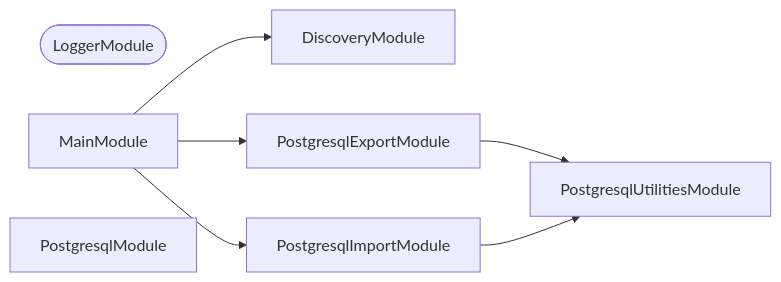
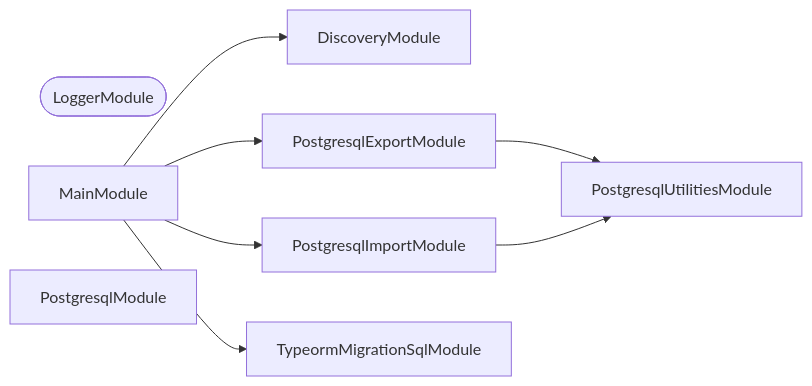
The second of 3 diagrams in projects/common/persistence/documentation/codependix.md (organizzolini/codebase), drawn with Mermaid before and after one commit. The commit also changed other lines of this file and 23 other files, not shown here.

First line of the commit message:
refactor(persistence): ♻️ move typeorm-migration-sql into persistence

````diff
--- a/projects/common/persistence/documentation/codependix.md
+++ b/projects/common/persistence/documentation/codependix.md
@@ -39,15 +43,17 @@
 ```mermaid
 flowchart LR
   DiscoveryModule
   LoggerModule([LoggerModule])
   MainModule
   PostgresqlExportModule
   PostgresqlImportModule
   PostgresqlModule
   PostgresqlUtilitiesModule
+  TypeormMigrationSqlModule
   MainModule --> DiscoveryModule
   MainModule --> PostgresqlExportModule
   MainModule --> PostgresqlImportModule
+  MainModule --> TypeormMigrationSqlModule
   PostgresqlExportModule --> PostgresqlUtilitiesModule
   PostgresqlImportModule --> PostgresqlUtilitiesModule
 ```
````
